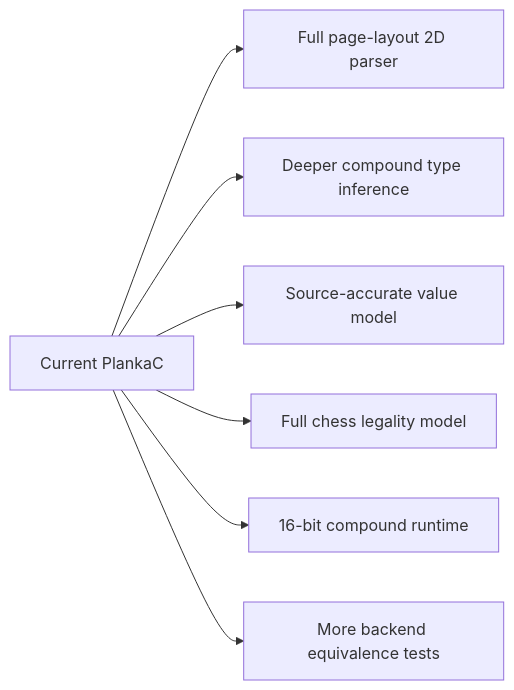
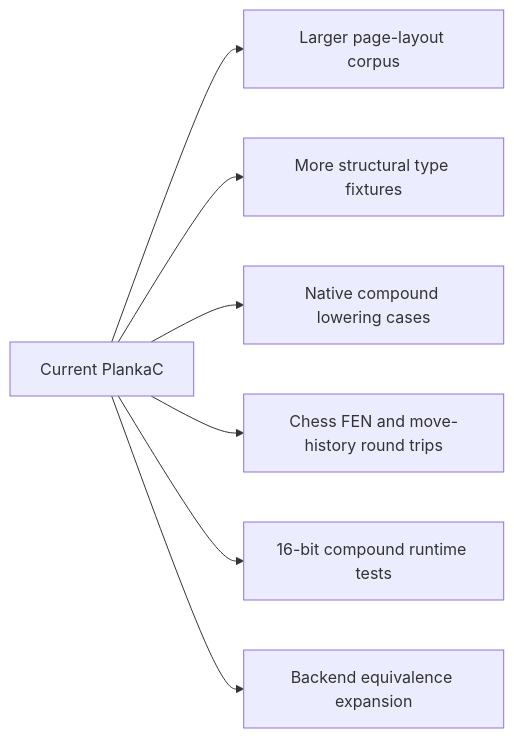
One commit to Olegie/PlankaC changed the sixth of 6 diagrams in docs/infographic.md. Above: the diagram before and after it, drawn with Mermaid. The commit also changed other lines of this file and 74 other files, not shown here.

Commit message:
feat(plankac): expand language model and backend lowering

````diff
--- a/docs/infographic.md
+++ b/docs/infographic.md
@@ -191,9 +205,9 @@
 ```mermaid
 flowchart LR
-    A["Current PlankaC"] --> B["Full page-layout 2D parser"]
-    A --> C["Deeper compound type inference"]
-    A --> D["Source-accurate value model"]
-    A --> E["Full chess legality model"]
-    A --> F["16-bit compound runtime"]
-    A --> G["More backend equivalence tests"]
+    A["Current PlankaC"] --> B["Larger page-layout corpus"]
+    A --> C["More structural type fixtures"]
+    A --> D["Native compound lowering cases"]
+    A --> E["Chess FEN and move-history round trips"]
+    A --> F["16-bit compound runtime tests"]
+    A --> G["Backend equivalence expansion"]
 ```
````
